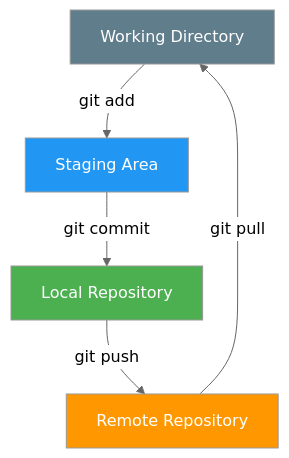
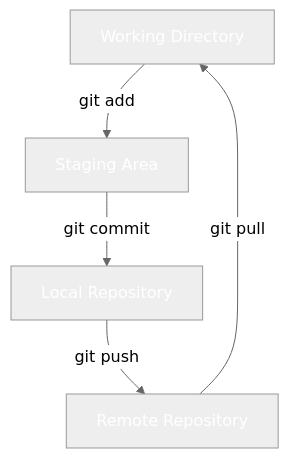
The sixth of 10 diagrams in csharp_inicial/01-ControlVersiones.md (joseluisgs/DesarrolloWebEntornosServidor-01-2026-2027), drawn with Mermaid (neutral theme) before and after one commit. The commit also changed other lines of this file and 66 other files, not shown here.

First line of the commit message:
fix: normalizar titulos al castellano de frase y corregir la paleta de mermaid

````diff
--- a/csharp_inicial/01-ControlVersiones.md
+++ b/csharp_inicial/01-ControlVersiones.md
@@ -154,12 +154,12 @@
 ```mermaid
 graph TD
     A["Working Directory"] -->|git add| B["Staging Area"]
     B -->|git commit| C["Local Repository"]
     C -->|git push| D["Remote Repository"]
     D -->|git pull| A
     
-    style A fill:#607D8B,color:#fff
-    style B fill:#2196F3,color:#fff
-    style C fill:#4CAF50,color:#fff
-    style D fill:#FF9800,color:#fff
+    style A fill:#607D8,color:#fffB,color:#fff
+    style B fill:#2196F,color:#fff3,color:#fff
+    style C fill:#4CAF5,color:#fff0,color:#fff
+    style D fill:#FF980,color:#fff0,color:#fff
 ```
````
